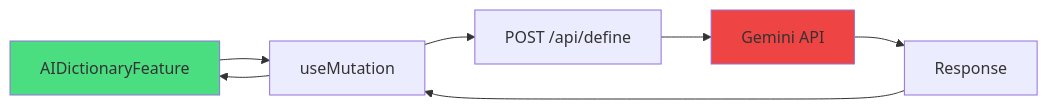
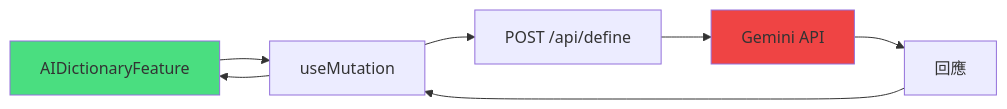
Before and after one commit to u88803494/my-website: the tenth of 11 diagrams in docs/reference/architecture.md, drawn with Mermaid. The commit also changed other lines of this file and 6 other files, not shown here.

````diff
--- a/docs/reference/architecture.md
+++ b/docs/reference/architecture.md
@@ -1892,12 +1892,12 @@
 ```mermaid
 graph LR
     A[AIDictionaryFeature] --> B[useMutation]
     B --> C[POST /api/define]
     C --> D[Gemini API]
-    D --> E[Response]
+    D --> E[回應]
     E --> B
     B --> A
 
     style A fill:#4ade80
     style D fill:#ef4444
 ```
````
